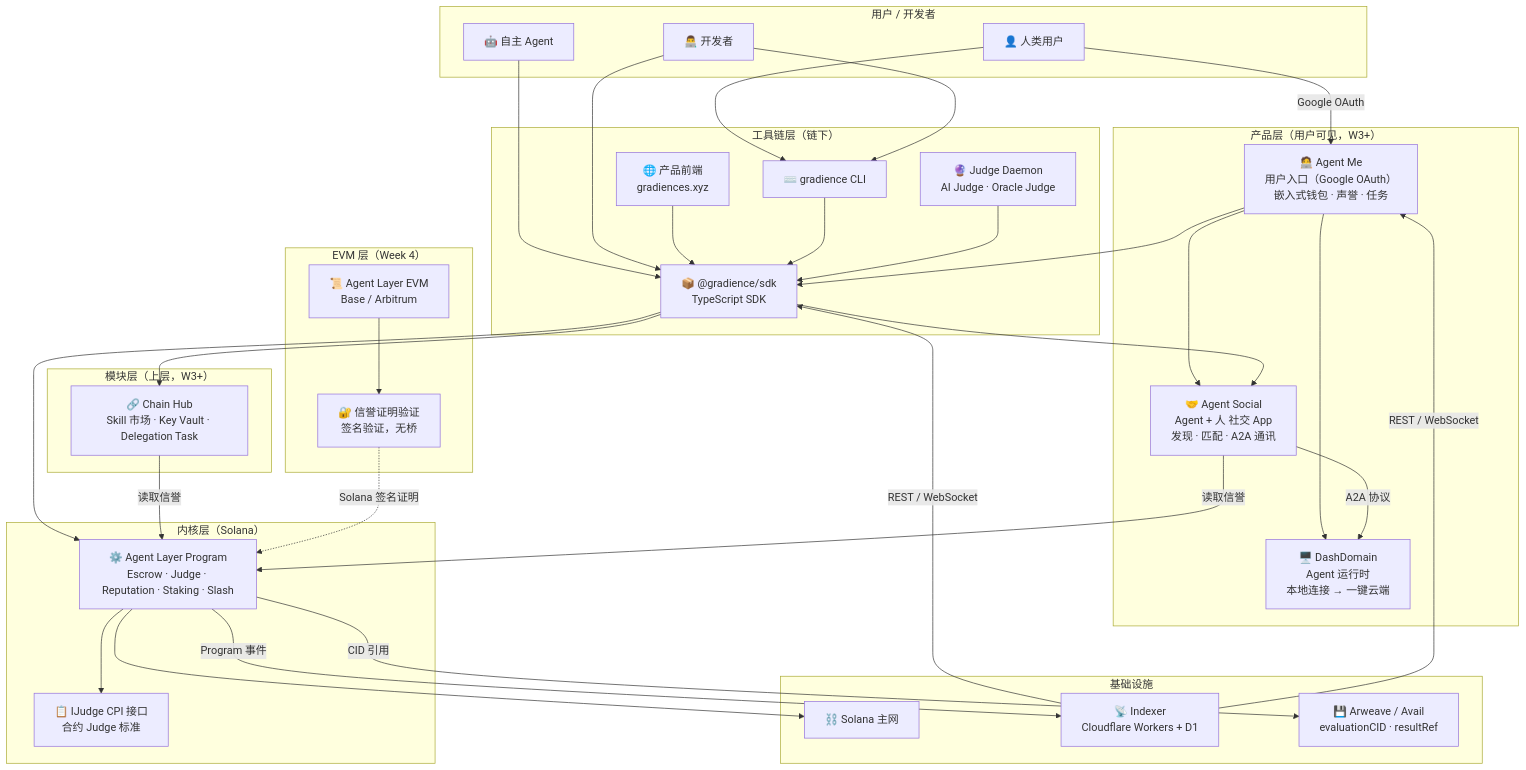
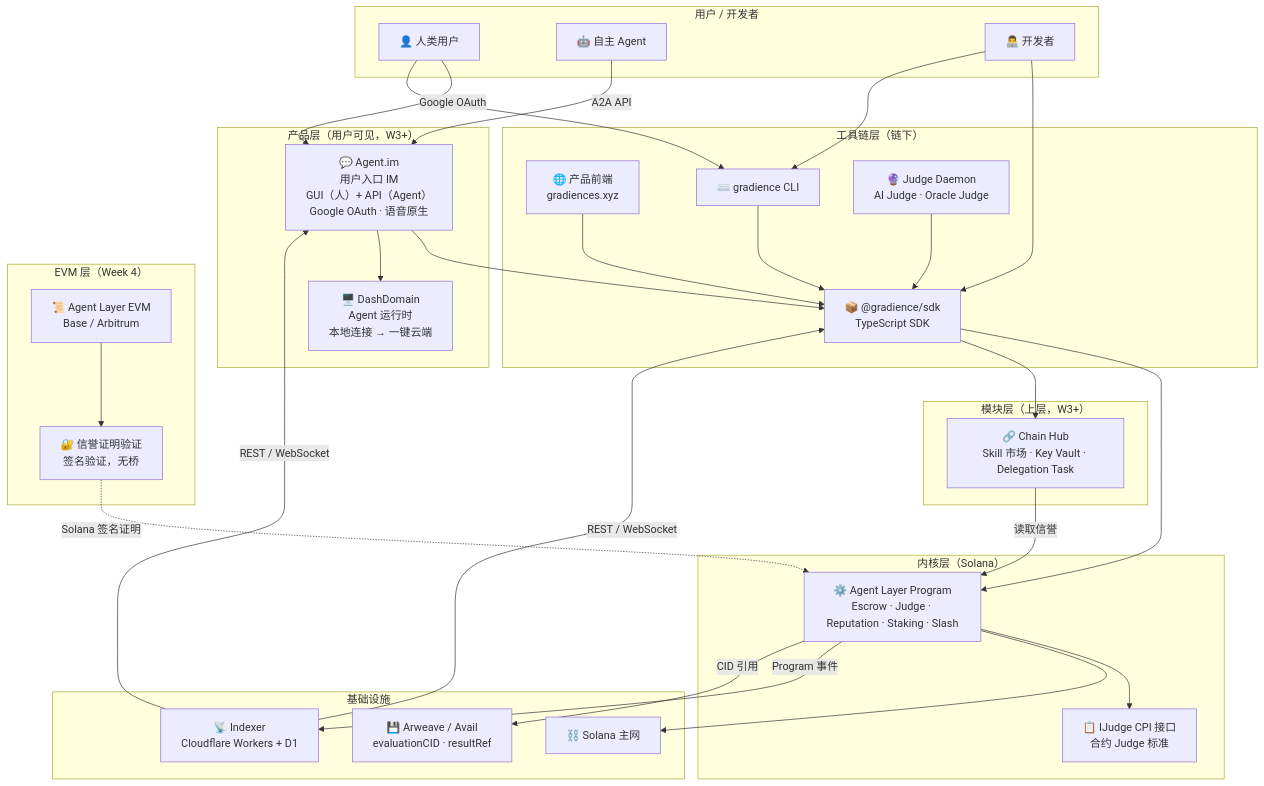
Before and after one commit to DaviRain-Su/gradience: the first of 2 diagrams in docs/02-architecture.md, drawn with Mermaid. The commit also changed other lines of this file and 4 other files, not shown here.

First line of the commit message:
docs: rename Agent Me + Agent Social → Agent.im across all docs

````diff
--- a/docs/02-architecture.md
+++ b/docs/02-architecture.md
@@ -53,74 +54,68 @@
 ```mermaid
 flowchart TB
     subgraph Users["用户 / 开发者"]
         Human["👤 人类用户"]
         DevAgent["🤖 自主 Agent"]
         Dev["👨‍💻 开发者"]
     end
 
     subgraph Toolchain["工具链层（链下）"]
         Frontend["🌐 产品前端<br/>gradiences.xyz"]
         SDK["📦 @gradience/sdk<br/>TypeScript SDK"]
         CLI["⌨️ gradience CLI"]
         JudgeDaemon["🔮 Judge Daemon<br/>AI Judge · Oracle Judge"]
     end
 
     subgraph Kernel["内核层（Solana）"]
         AgentLayer["⚙️ Agent Layer Program<br/>Escrow · Judge · Reputation · Staking · Slash"]
         IJudge["📋 IJudge CPI 接口<br/>合约 Judge 标准"]
     end
 
     subgraph Products["产品层（用户可见，W3+）"]
-        AgentMe["🧑‍💻 Agent Me<br/>用户入口（Google OAuth）<br/>嵌入式钱包 · 声誉 · 任务"]
-        AgentSocial["🤝 Agent Social<br/>Agent + 人 社交 App<br/>发现 · 匹配 · A2A 通讯"]
+        AgentIM["💬 Agent.im<br/>用户入口 IM<br/>GUI（人）+ API（Agent）<br/>Google OAuth · 语音原生"]
         DashDomain["🖥️ DashDomain<br/>Agent 运行时<br/>本地连接 → 一键云端"]
     end
 
     subgraph Modules["模块层（上层，W3+）"]
         ChainHub["🔗 Chain Hub<br/>Skill 市场 · Key Vault · Delegation Task"]
     end
 
     subgraph EVMLayer["EVM 层（Week 4）"]
         EVMContract["📜 Agent Layer EVM<br/>Base / Arbitrum"]
         ReputationBridge["🔐 信誉证明验证<br/>签名验证，无桥"]
     end
 
     subgraph Infra["基础设施"]
         Solana["⛓️ Solana 主网"]
         Indexer["📡 Indexer<br/>Cloudflare Workers + D1"]
         Storage["💾 Arweave / Avail<br/>evaluationCID · resultRef"]
     end
 
-    Human -->|"Google OAuth"| AgentMe
+    Human -->|"Google OAuth"| AgentIM
     Human --> CLI
-    DevAgent --> SDK
+    DevAgent -->|"A2A API"| AgentIM
     Dev --> SDK
     Dev --> CLI
 
-    AgentMe --> SDK
-    AgentMe --> AgentSocial
-    AgentMe --> DashDomain
-    AgentSocial -->|"A2A 协议"| DashDomain
+    AgentIM --> SDK
+    AgentIM --> DashDomain
 
     Frontend --> SDK
     CLI --> SDK
     JudgeDaemon --> SDK
 
     SDK --> AgentLayer
     SDK --> ChainHub
-    SDK --> AgentSocial
-
     AgentLayer --> IJudge
     ChainHub -->|"读取信誉"| AgentLayer
-    AgentSocial -->|"读取信誉"| AgentLayer
 
     AgentLayer --> Solana
     AgentLayer -->|"Program 事件"| Indexer
     AgentLayer -->|"CID 引用"| Storage
 
     Indexer -->|"REST / WebSocket"| SDK
-    Indexer -->|"REST / WebSocket"| AgentMe
+    Indexer -->|"REST / WebSocket"| AgentIM
 
     EVMContract --> ReputationBridge
     ReputationBridge -.->|"Solana 签名证明"| AgentLayer
 ```
````
